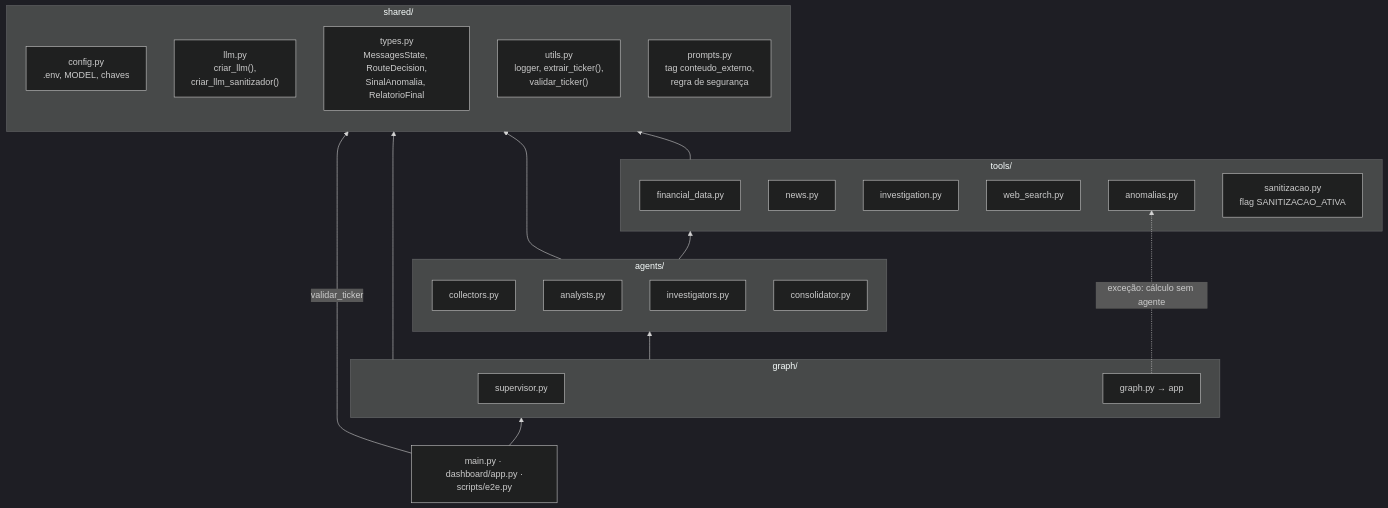
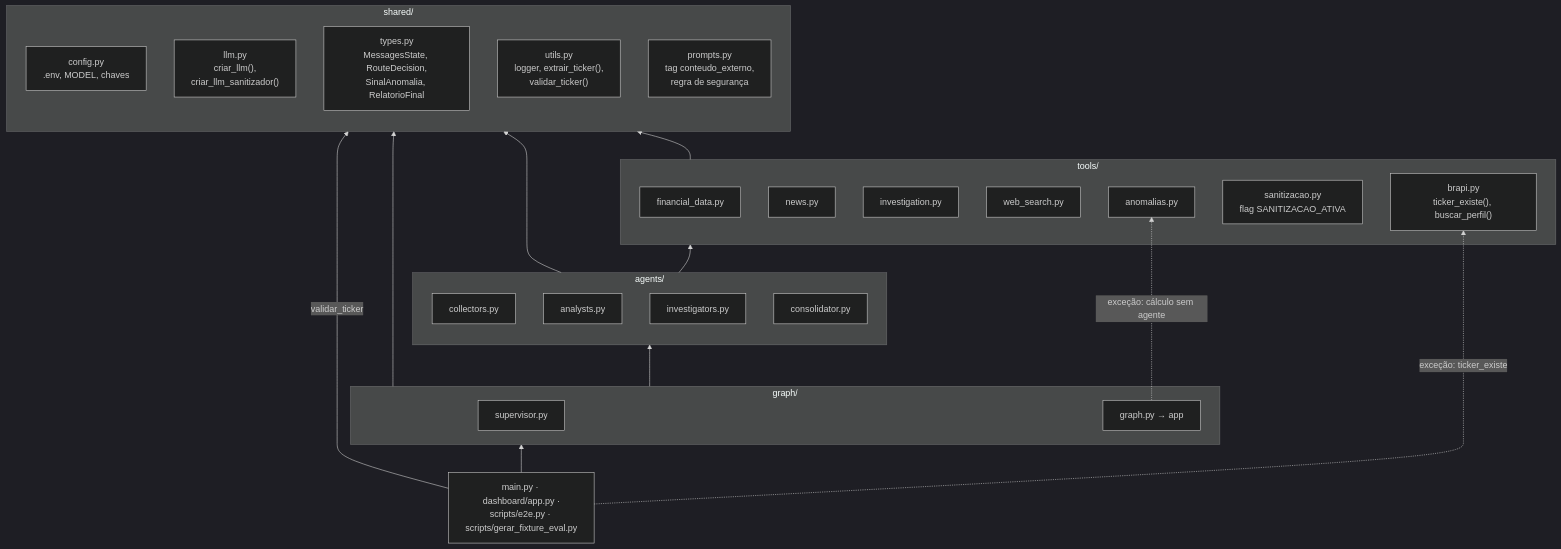
Before and after one commit to igorc22/pipeline-inteligencia-financeira-b3: the fourth of 6 diagrams in docs/arquitetura.md, drawn with Mermaid (dark theme). The commit also changed other lines of this file and 2 other files, not shown here.

Commit message:
docs: brapi e moeda dos demonstrativos no diário, na arquitetura e no readme

````diff
--- a/docs/arquitetura.md
+++ b/docs/arquitetura.md
@@ -140,42 +145,44 @@
 ```mermaid
 flowchart BT
     subgraph C_SHARED["shared/"]
         CFG["config.py<br/>.env, MODEL, chaves"]
         LLMF["llm.py<br/>criar_llm(),<br/>criar_llm_sanitizador()"]
         TYP["types.py<br/>MessagesState, RouteDecision,<br/>SinalAnomalia, RelatorioFinal"]
         UTL["utils.py<br/>logger, extrair_ticker(),<br/>validar_ticker()"]
         PRM["prompts.py<br/>tag conteudo_externo,<br/>regra de segurança"]
     end
 
     subgraph C_TOOLS["tools/"]
         FD["financial_data.py"]
         NW["news.py"]
         INVT["investigation.py"]
         WS["web_search.py"]
         ANO["anomalias.py"]
         SAN["sanitizacao.py<br/>flag SANITIZACAO_ATIVA"]
+        BRP["brapi.py<br/>ticker_existe(), buscar_perfil()"]
     end
 
     subgraph C_AGENTS["agents/"]
         COL["collectors.py"]
         ANL["analysts.py"]
         INVA["investigators.py"]
         CONS["consolidator.py"]
     end
 
     subgraph C_GRAPH["graph/"]
         SUP["supervisor.py"]
         GR["graph.py → app"]
     end
 
-    ENTRY["main.py · dashboard/app.py ·<br/>scripts/e2e.py"]
+    ENTRY["main.py · dashboard/app.py ·<br/>scripts/e2e.py · scripts/gerar_fixture_eval.py"]
 
     C_TOOLS --> C_SHARED
     C_AGENTS --> C_TOOLS
     C_AGENTS --> C_SHARED
     C_GRAPH --> C_AGENTS
     C_GRAPH --> C_SHARED
     GR -.->|"exceção: cálculo sem agente"| ANO
     ENTRY --> C_GRAPH
     ENTRY -->|"validar_ticker"| C_SHARED
+    ENTRY -.->|"exceção: ticker_existe"| BRP
 ```
````
